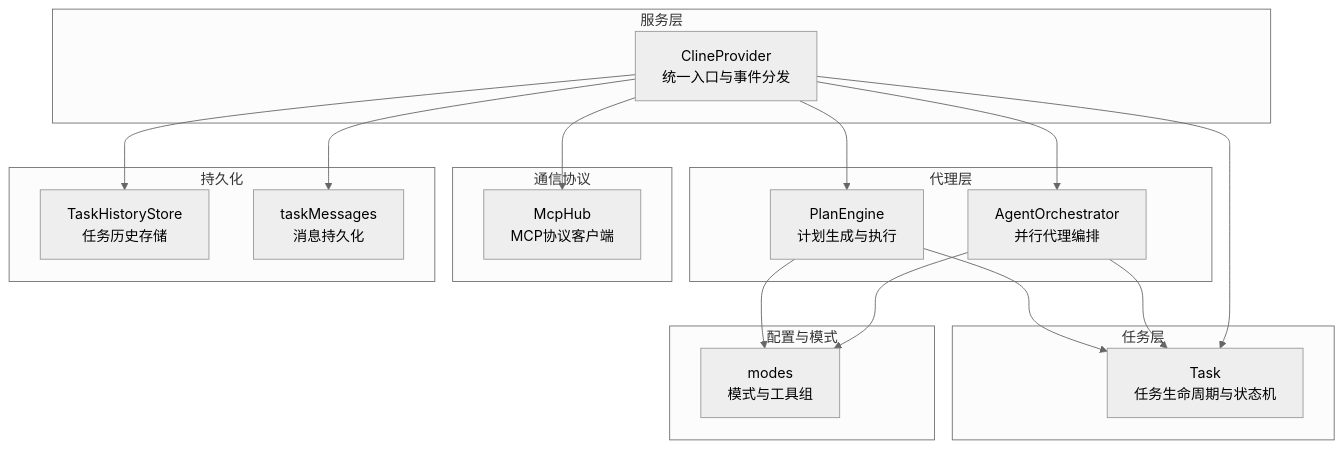
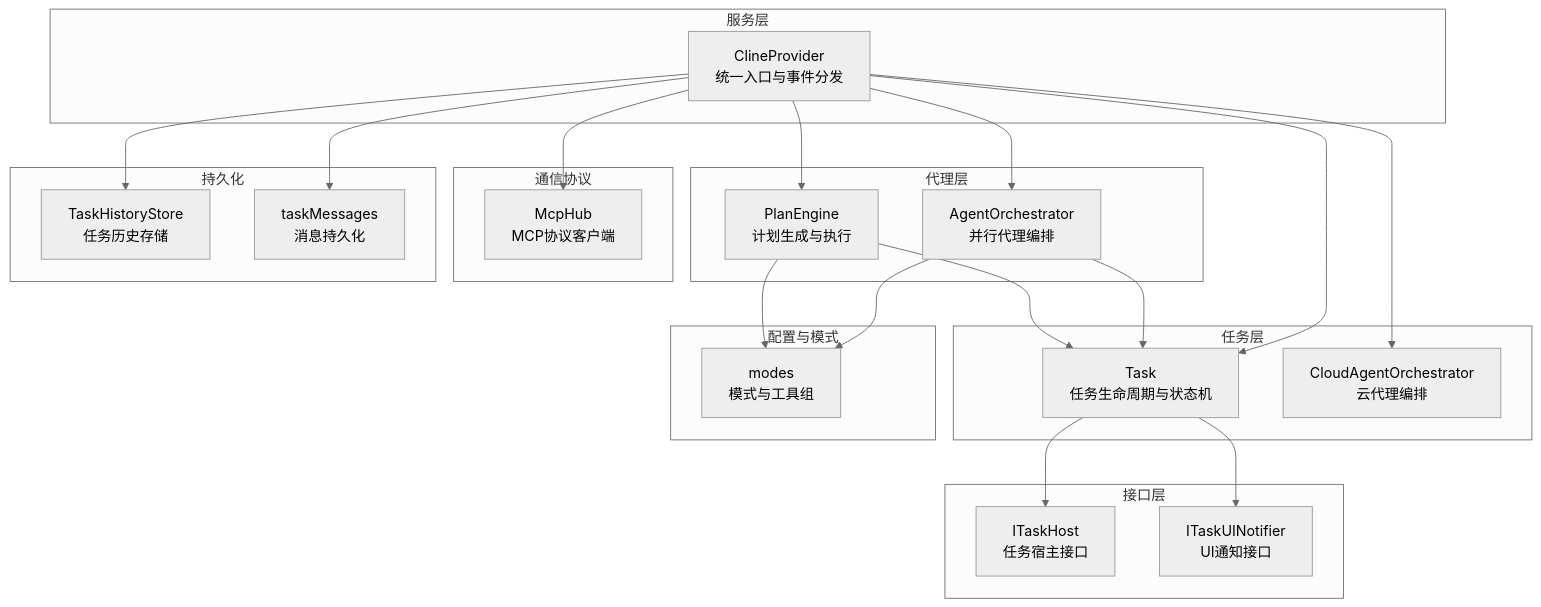
Before and after one commit to JunjieChen0/NJUST: the first of 12 diagrams in .qoder/repowiki/zh/content/架构设计/任务处理架构/代理编排系统.md, drawn with Mermaid (neutral theme). The commit also changed other lines of this file and 37 other files, not shown here.

````diff
--- a/.qoder/repowiki/zh/content/架构设计/任务处理架构/代理编排系统.md
+++ b/.qoder/repowiki/zh/content/架构设计/任务处理架构/代理编排系统.md
@@ -41,33 +56,41 @@
 ```mermaid
 graph TB
 subgraph "代理层"
 AO["AgentOrchestrator<br/>并行代理编排"]
 PE["PlanEngine<br/>计划生成与执行"]
 end
 subgraph "任务层"
 TP["Task<br/>任务生命周期与状态机"]
+CAO["CloudAgentOrchestrator<br/>云代理编排"]
+end
+subgraph "接口层"
+ITH["ITaskHost<br/>任务宿主接口"]
+ITU["ITaskUINotifier<br/>UI通知接口"]
 end
 subgraph "服务层"
 CP["ClineProvider<br/>统一入口与事件分发"]
 end
 subgraph "配置与模式"
 MD["modes<br/>模式与工具组"]
 end
 subgraph "通信协议"
 MH["McpHub<br/>MCP协议客户端"]
 end
 subgraph "持久化"
 THS["TaskHistoryStore<br/>任务历史存储"]
 TM["taskMessages<br/>消息持久化"]
 end
 CP --> AO
 CP --> PE
 CP --> TP
+CP --> CAO
+TP --> ITH
+TP --> ITU
 CP --> MH
 AO --> TP
 PE --> TP
 CP --> THS
 CP --> TM
 AO --> MD
 PE --> MD
 ```
````
